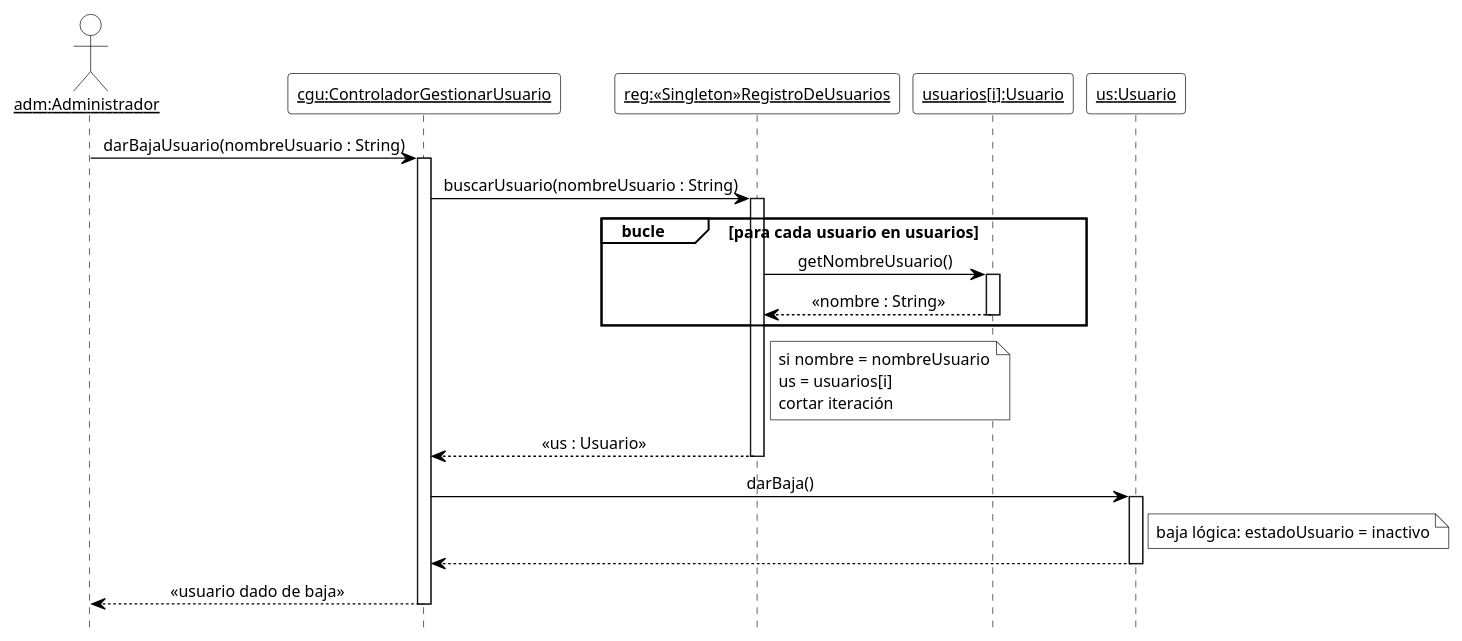
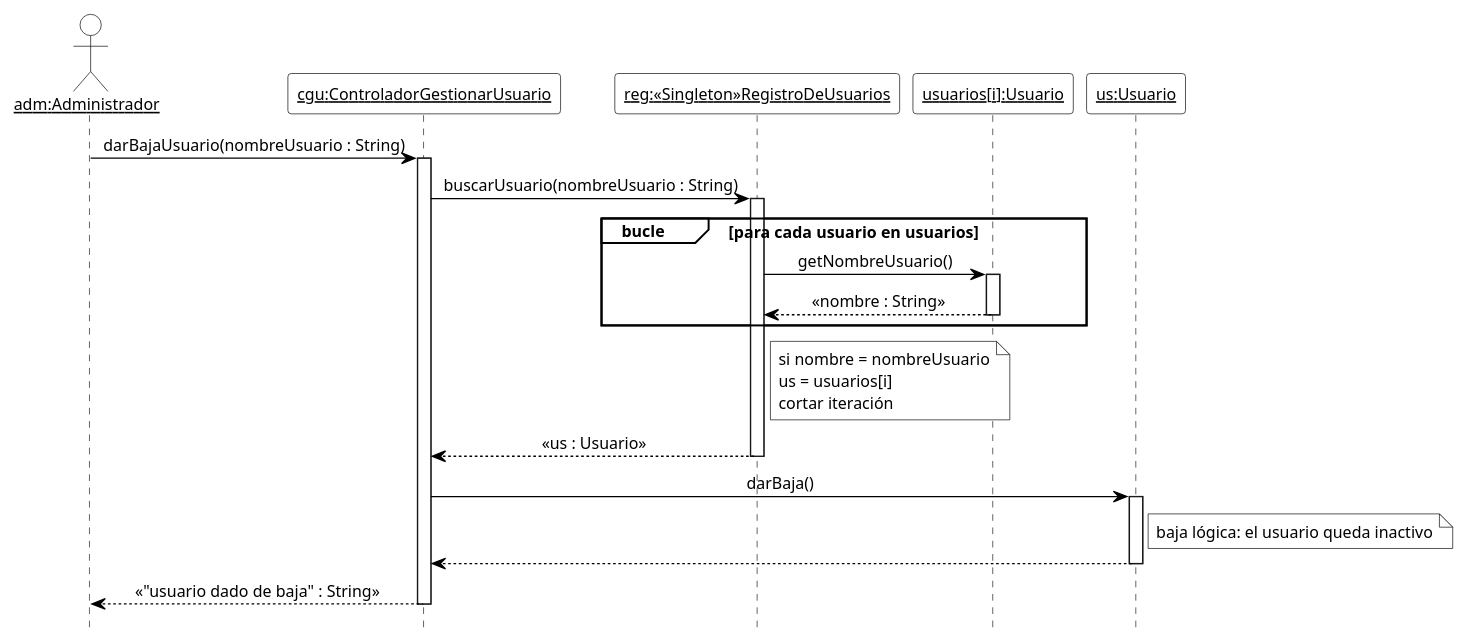
The fourth of 18 diagrams in 08-Diagrama De Secuencia/Diagramas_de_Secuencia.md (cirotop/Stock-Project), drawn with PlantUML before and after one commit. The commit also changed other lines of this file and 22 other files, not shown here.

````diff
--- a/08-Diagrama De Secuencia/Diagramas_de_Secuencia.md
+++ b/08-Diagrama De Secuencia/Diagramas_de_Secuencia.md
@@ -250,49 +249,49 @@
 ```plantuml
 @startuml DSD_CU-02_darBajaUsuario
 ' Diagrama de Secuencia de Diseño (DSD) - CU-02 Gestionar usuario - darBajaUsuario
 ' Estilo de los ejemplos de la teoría (introducirArticulo / crearNuevaVenta).
 hide footbox
 skinparam shadowing false
 skinparam defaultFontName Arial
 skinparam defaultFontSize 12
 skinparam sequenceMessageAlign center
 skinparam ArrowColor black
 skinparam ParticipantBackgroundColor white
 skinparam ParticipantBorderColor black
 skinparam CollectionsBackgroundColor white
 skinparam CollectionsBorderColor black
 skinparam ActorBackgroundColor white
 skinparam ActorBorderColor black
 skinparam LifeLineBorderColor black
 skinparam LifeLineBackgroundColor white
 skinparam SequenceGroupBackgroundColor white
 skinparam SequenceGroupBorderColor black
 skinparam SequenceGroupHeaderFontColor black
 skinparam NoteBackgroundColor white
 skinparam NoteBorderColor black
 
 actor "<u>adm:Administrador</u>" as adm
 participant "<u>cgu:ControladorGestionarUsuario</u>" as cgu
 participant "<u>reg:«Singleton»RegistroDeUsuarios</u>" as reg
 participant "<u>usuarios[i]:Usuario</u>" as ui
 participant "<u>us:Usuario</u>" as us
 
 adm -> cgu ++ : darBajaUsuario(nombreUsuario : String)
 cgu -> reg ++ : buscarUsuario(nombreUsuario : String)
 group bucle [para cada usuario en usuarios]
   reg -> ui ++ : getNombreUsuario()
   ui --> reg -- : «nombre : String»
 end
 note right of reg
   si nombre = nombreUsuario
   us = usuarios[i]
   cortar iteración
 end note
 reg --> cgu -- : «us : Usuario»
 cgu -> us ++ : darBaja()
-note right of us : baja lógica: estadoUsuario = inactivo
+note right of us : baja lógica: el usuario queda inactivo
 us --> cgu --
-cgu --> adm -- : «usuario dado de baja»
+cgu --> adm -- : «"usuario dado de baja" : String»
 
 @enduml
 ```
````
